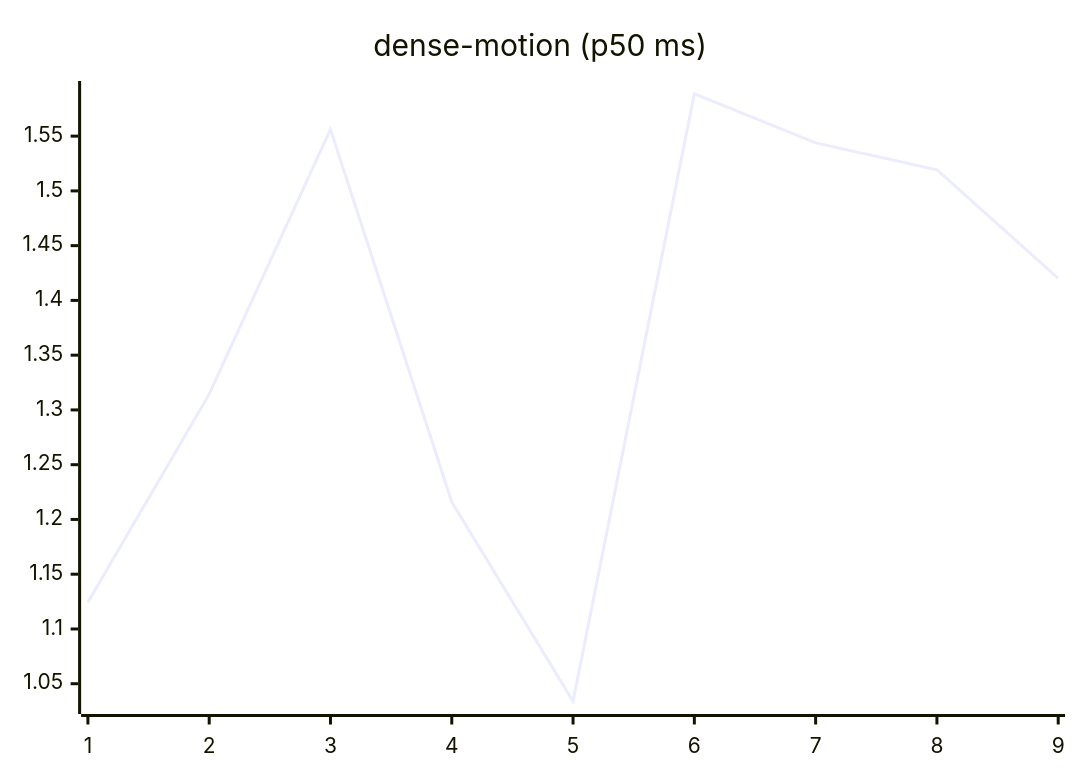
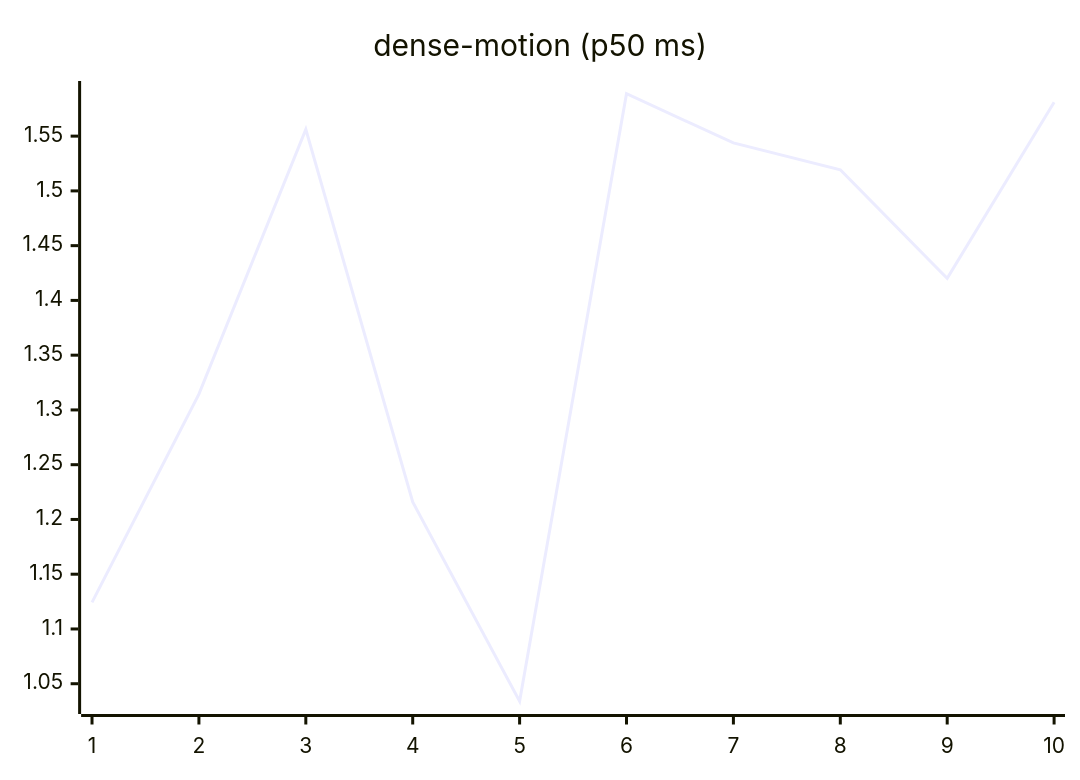
One commit to josha/Facet changed the ninth of 27 diagrams in README.md. Above: the diagram before and after it, drawn with Mermaid. The commit also changed other lines of this file and 2 other files, not shown here.

````diff
--- a/README.md
+++ b/README.md
@@ -119,6 +119,6 @@
 ```mermaid
 xychart-beta
     title "dense-motion (p50 ms)"
-    x-axis 1 --> 9
-    line [1.1243, 1.3144, 1.5562, 1.2159, 1.0340, 1.5887, 1.5438, 1.5193, 1.4201]
+    x-axis 1 --> 10
+    line [1.1243, 1.3144, 1.5562, 1.2159, 1.0340, 1.5887, 1.5438, 1.5193, 1.4201, 1.5809]
 ```
````
